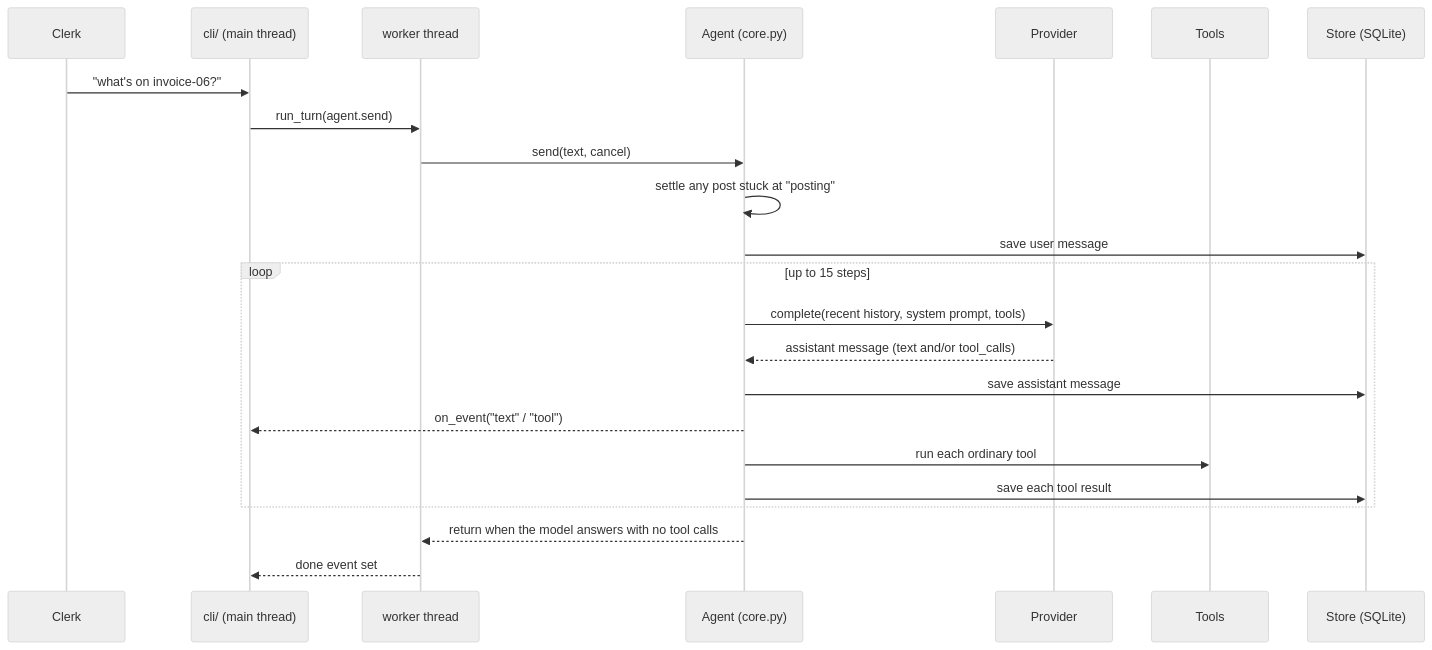
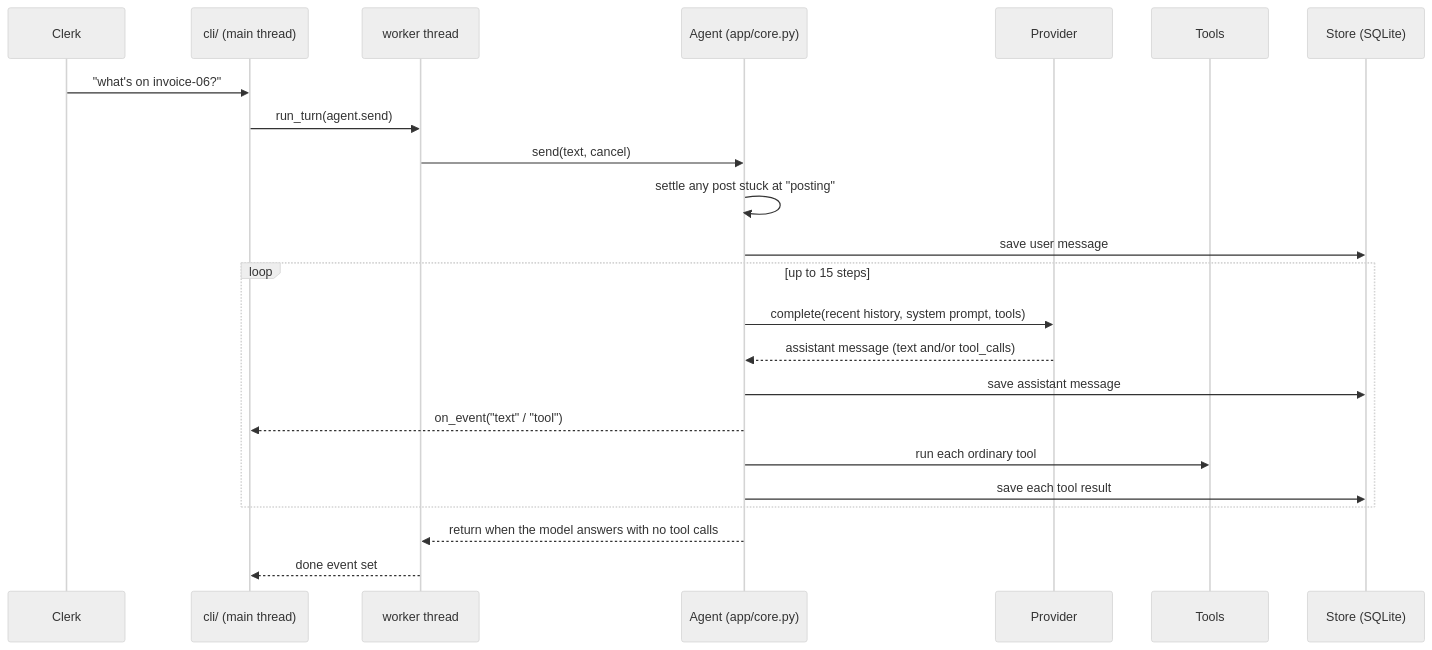
The second of 4 diagrams in ARCHITECTURE.md (Umeshmalik/acme-ap-agent), drawn with Mermaid (neutral theme) before and after one commit. The commit also changed other lines of this file and 18 other files, not shown here.

Commit message:
Move agent internals into app/ (core, tools, posting_rules, data, store); only agent.py and ledger.py stay at the root

````diff
--- a/ARCHITECTURE.md
+++ b/ARCHITECTURE.md
@@ -108,26 +119,26 @@
 ```mermaid
 sequenceDiagram
     participant C as Clerk
     participant CLI as cli/ (main thread)
     participant W as worker thread
-    participant A as Agent (core.py)
+    participant A as Agent (app/core.py)
     participant P as Provider
     participant T as Tools
     participant S as Store (SQLite)
 
     C->>CLI: "what's on invoice-06?"
     CLI->>W: run_turn(agent.send)
     W->>A: send(text, cancel)
     A->>A: settle any post stuck at "posting"
     A->>S: save user message
     loop up to 15 steps
         A->>P: complete(recent history, system prompt, tools)
         P-->>A: assistant message (text and/or tool_calls)
         A->>S: save assistant message
         A-->>CLI: on_event("text" / "tool")
         A->>T: run each ordinary tool
         A->>S: save each tool result
     end
     A-->>W: return when the model answers with no tool calls
     W-->>CLI: done event set
 ```
````
